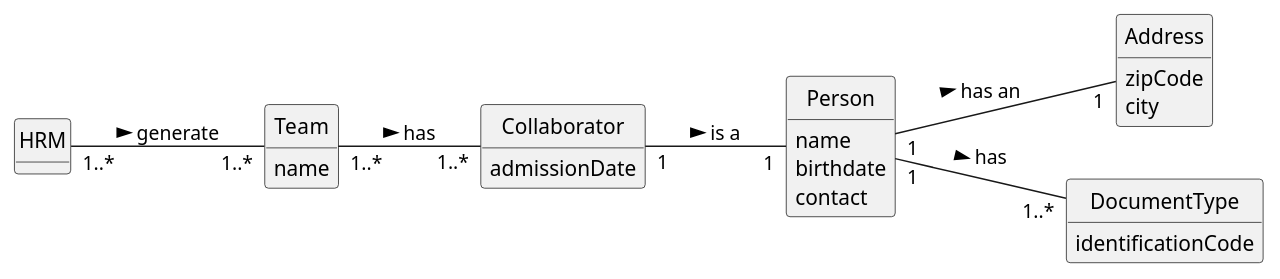
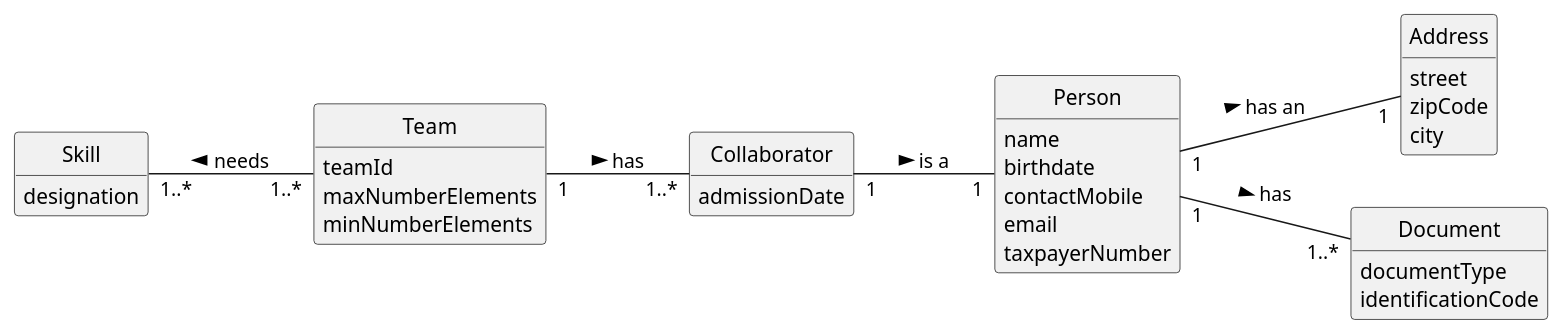
One commit to ricardomm7/leaflink changed the diagram in docs/sprintB/us005/02.analysis/puml/us005-domain-model.puml. Above: the diagram before and after it, drawn with PlantUML. The commit also changed 7 other files, not shown here.

```diff
--- a/docs/sprintB/us005/02.analysis/puml/us005-domain-model.puml
+++ b/docs/sprintB/us005/02.analysis/puml/us005-domain-model.puml
@@ -1,44 +1,54 @@
 @startuml
 skinparam monochrome true
 skinparam packageStyle rectangle
 skinparam shadowing false
 
 left to right direction
 
 skinparam classAttributeIconSize 0
 
 hide circle
 hide methods
 
+class Team {
+    teamId
+    maxNumberElements
+    minNumberElements
+}
 
-class Team {
-  name
+class Collaborator {
+    admissionDate
 }
+
+class Skill{
+    designation
+}
+
 
 class Person {
     name
     birthdate
-    contact
+    contactMobile
+    email
+    taxpayerNumber
 }
 
 class Address{
+    street
     zipCode
     city
 }
 
-class Collaborator{
-    admissionDate
+class Document{
+    documentType
+    identificationCode
 }
 
-class DocumentType{
-  identificationCode
-
-}
-
-HRM "1..*" -- "1..*" Team: generate   >
 Person "1" -- "1" Address: has an >
 Collaborator "1" -- "1"  Person: is a >
-Person "1" -- "1..*"  DocumentType: has >
-Team "1..*" -- "1..*" Collaborator : has >
+Person "1" -- "1..*"  Document: has >
+Team "1" -- "1..*" Collaborator : has >
+Skill "1..*" -- "1..*" Team: needs <
+
 
 @enduml
```
